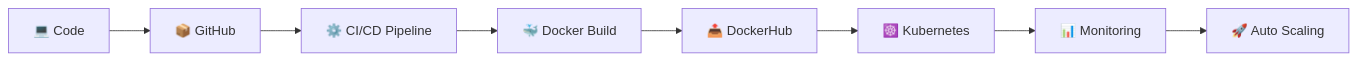
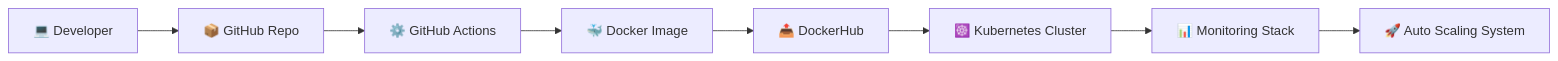
Before and after one commit to Shaikhaamann/Shaikhaamann: the diagram in README.md, drawn with Mermaid. The commit also changed other lines of this file, not shown here.

````diff
--- a/README.md
+++ b/README.md
@@ -32,10 +32,10 @@
 ```mermaid
 flowchart LR
-    A[💻 Code] --> B[📦 GitHub]
-    B --> C[⚙️ CI/CD Pipeline]
-    C --> D[🐳 Docker Build]
+    A[💻 Developer] --> B[📦 GitHub Repo]
+    B --> C[⚙️ GitHub Actions]
+    C --> D[🐳 Docker Image]
     D --> E[📤 DockerHub]
-    E --> F[☸️ Kubernetes]
-    F --> G[📊 Monitoring]
-    G --> H[🚀 Auto Scaling]
+    E --> F[☸️ Kubernetes Cluster]
+    F --> G[📊 Monitoring Stack]
+    G --> H[🚀 Auto Scaling System]
 ```
````
